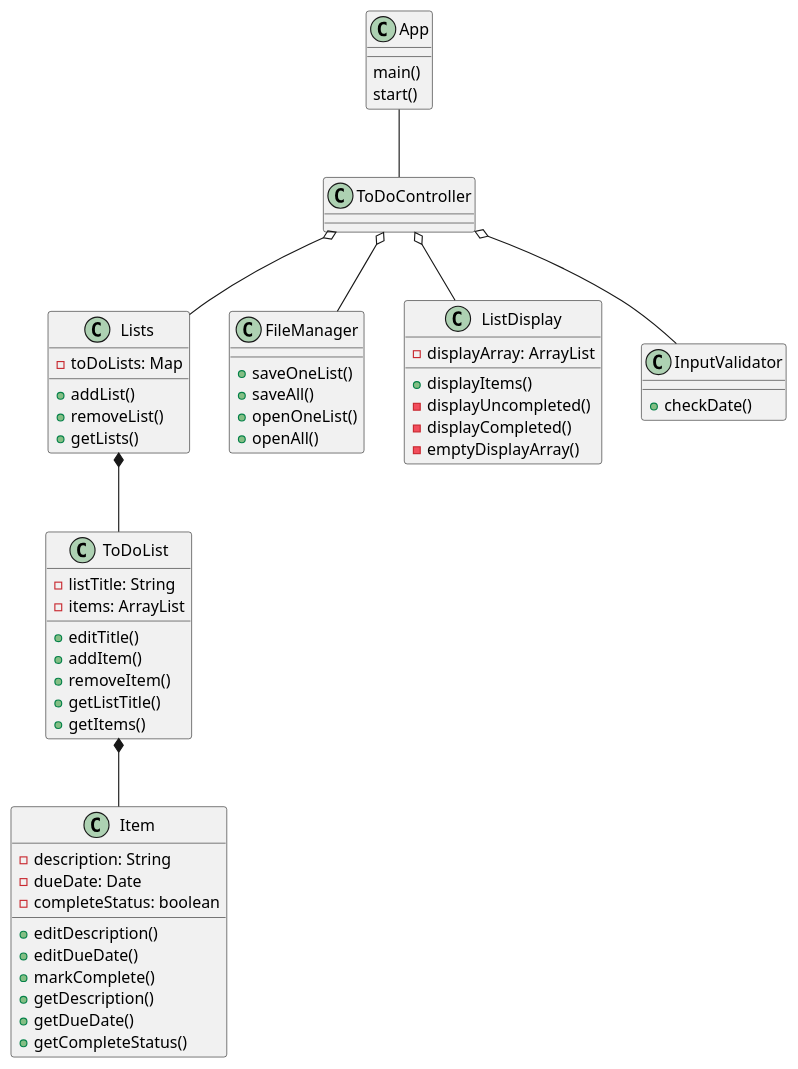
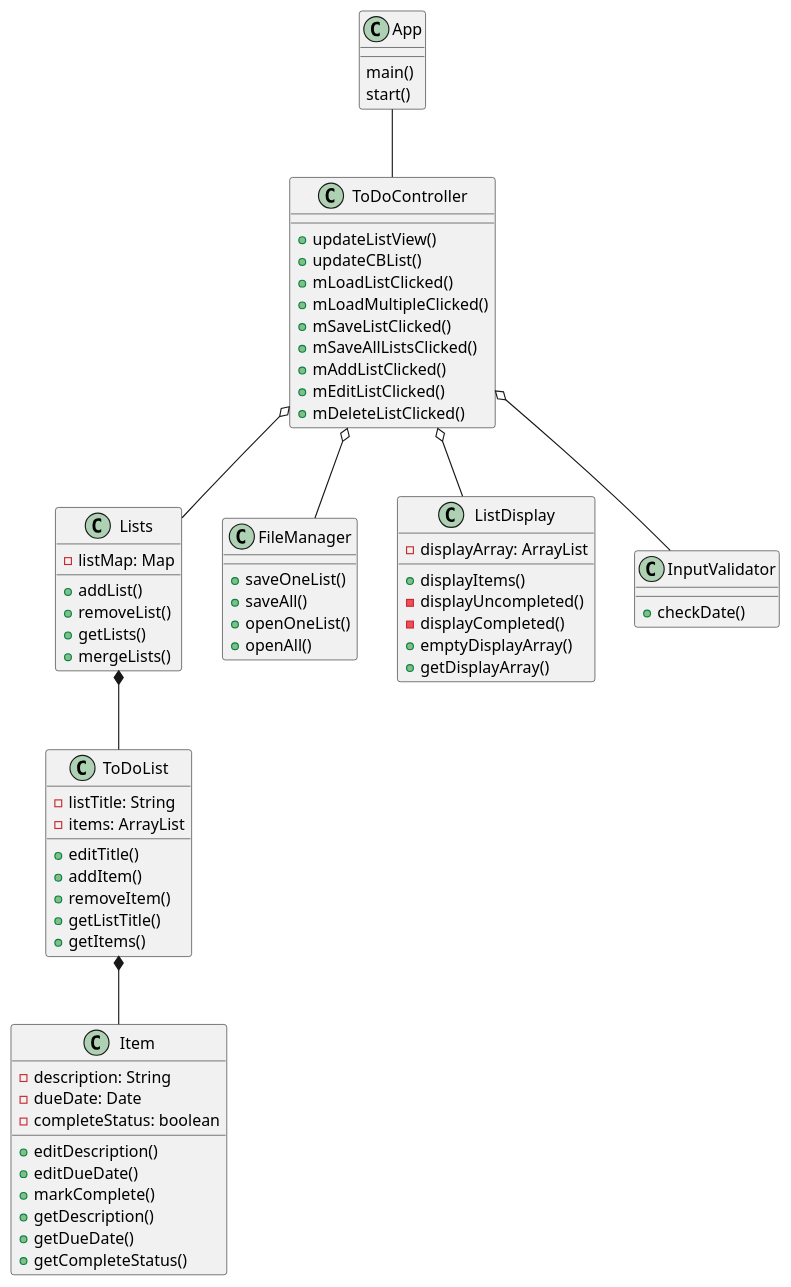
Before and after one commit to kingraham228/Ingraham-cop3330-assignment4: the diagram in uml/ToDoList.puml, drawn with PlantUML. The commit also changed 8 other files, not shown here.

```diff
--- a/uml/ToDoList.puml
+++ b/uml/ToDoList.puml
@@ -1,69 +1,80 @@
 @startuml
 class Item{
 -description: String
 -dueDate: Date
 -completeStatus: boolean
 +editDescription()
 +editDueDate()
 +markComplete()
 +getDescription()
 +getDueDate()
 +getCompleteStatus()
 }
 
 class ToDoList{
 -listTitle: String
 -items: ArrayList
 +editTitle()
 +addItem()
 +removeItem()
 +getListTitle()
 +getItems()
 }
 
 class Lists{
--toDoLists: Map
+-listMap: Map
 +addList()
 +removeList()
 +getLists()
++mergeLists()
 }
 
 class FileManager{
 +saveOneList()
 +saveAll()
 +openOneList()
 +openAll()
 }
 
 class ListDisplay{
 -displayArray: ArrayList
 +displayItems()
 -displayUncompleted()
 -displayCompleted()
--emptyDisplayArray()
++emptyDisplayArray()
++getDisplayArray()
 }
 
 class ToDoController{
++updateListView()
++updateCBList()
++mLoadListClicked()
++mLoadMultipleClicked()
++mSaveListClicked()
++mSaveAllListsClicked()
++mAddListClicked()
++mEditListClicked()
++mDeleteListClicked()
 
 }
 
 class App{
 main()
 start()
 }
 
 class InputValidator{
 +checkDate()
 }
 
 
 
 
 App -- ToDoController
 ToDoController o-- Lists
 ToDoController o-- ListDisplay
 ToDoController o-- FileManager
 ToDoController o-- InputValidator
 Lists *-- ToDoList
 ToDoList *-- Item
 @enduml
```
